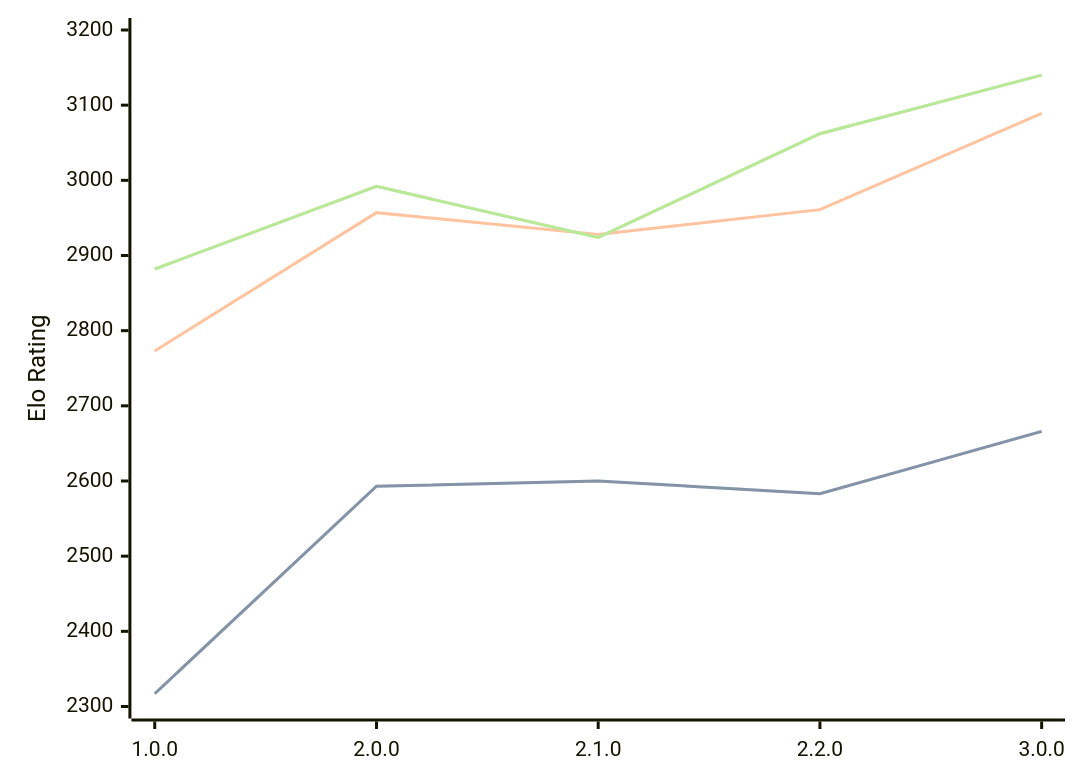
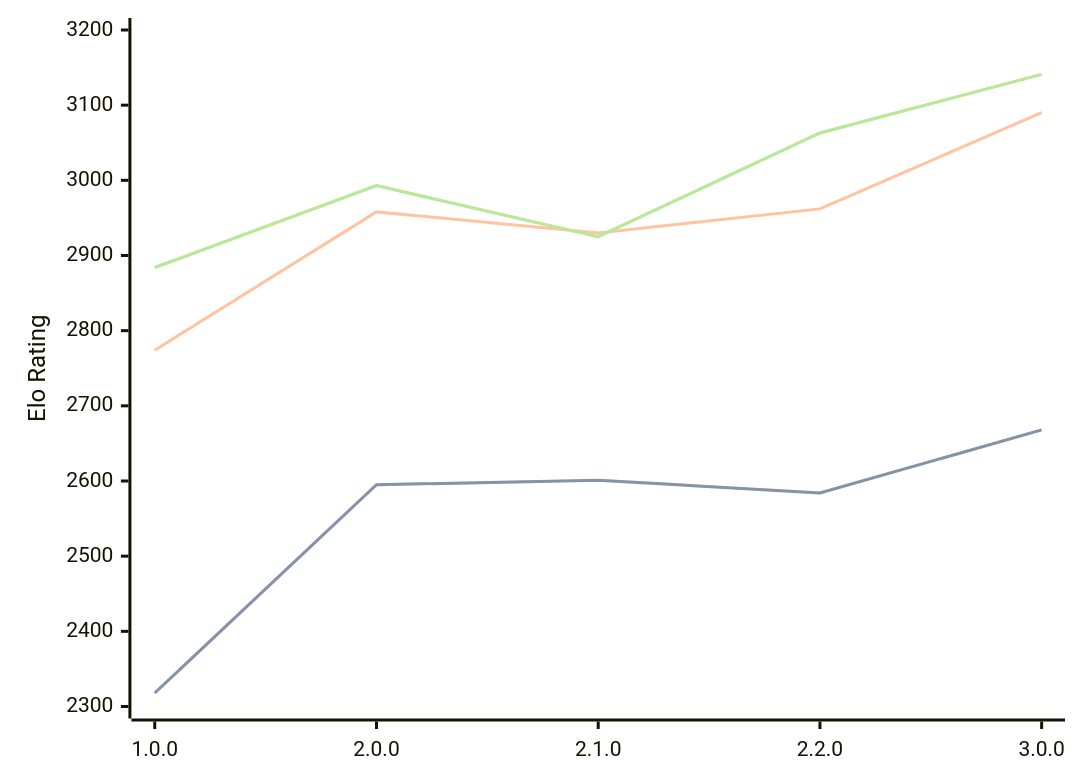
One commit to computer-chess-index/cci changed the diagram in engines/Catalyst.md. Above: the diagram before and after it, drawn with Mermaid. The commit also changed other lines of this file, not shown here.

Commit message:
Update CCI Ratings (ELO VLTC) - 2026-10-09

````diff
--- a/engines/Catalyst.md
+++ b/engines/Catalyst.md
@@ -36,11 +36,11 @@
 ```mermaid
 %%{init: {"theme":"base","themeVariables":{"seriesColors:['#a3a3a3','#222221','#faa371']}}}%%
 xychart-beta
   x-axis ["1.0.0", "2.0.0", "2.1.0", "2.2.0", "3.0.0"]
   y-axis "Elo Rating" 2300 --> 3200
-  line "" [2317, 2593, 2600, 2583, 2666]
-  line "STC (8.0+0.08s)" [2317, 2593, 2600, 2583, 2666]
-  line "LTC (60.0+0.60s)" [2773, 2957, 2928, 2961, 3089]
-  line "" [2882, 2992, 2924, 3062, 3140]
-  line "VLTC (2m24s+1.12s)" [2882, 2992, 2924, 3062, 3140]
+  line "" [2318, 2595, 2601, 2584, 2668]
+  line "STC (8.0+0.08s)" [2318, 2595, 2601, 2584, 2668]
+  line "LTC (60.0+0.60s)" [2774, 2958, 2930, 2962, 3090]
+  line "" [2884, 2993, 2925, 3063, 3141]
+  line "VLTC (2m24s+1.12s)" [2884, 2993, 2925, 3063, 3141]
 ```
````
